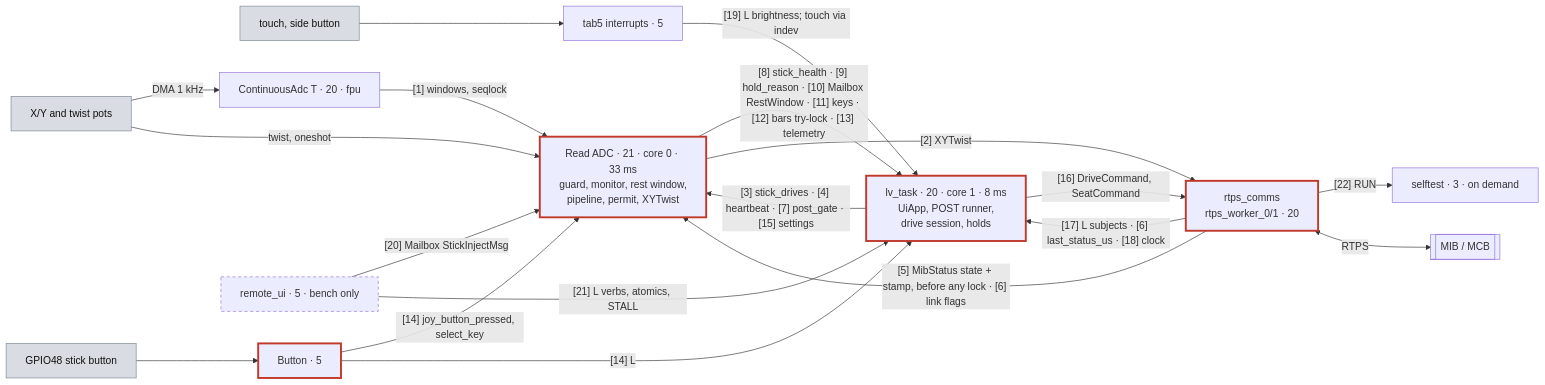
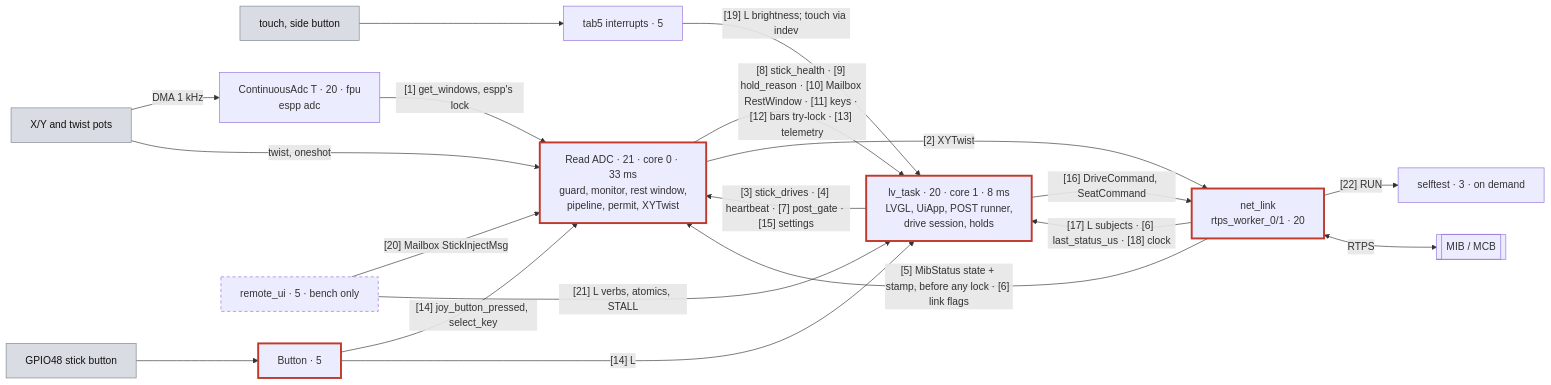
One commit to rammp-org/pace-hmi-fw changed the diagram in docs/fw-overview.md. Above: the diagram before and after it, drawn with Mermaid. The commit also changed other lines of this file and 7 other files, not shown here.

````diff
--- a/docs/fw-overview.md
+++ b/docs/fw-overview.md
@@ -85,36 +186,36 @@
 ```mermaid
 flowchart LR
   pots["X/Y and twist pots"]:::hw
   btn["GPIO48 stick button"]:::hw
   touch["touch, side button"]:::hw
-  cadc["ContinuousAdc T · 20 · fpu"]
+  cadc["ContinuousAdc T · 20 · fpu<br/>espp adc"]
   adc["Read ADC · 21 · core 0 · 33 ms<br/>guard, monitor, rest window,<br/>pipeline, permit, XYTwist"]:::safety
-  ui["lv_task · 20 · core 1 · 8 ms<br/>UiApp, POST runner,<br/>drive session, holds"]:::safety
+  ui["lv_task · 20 · core 1 · 8 ms<br/>LVGL, UiApp, POST runner,<br/>drive session, holds"]:::safety
   button["Button · 5"]:::safety
   irq["tab5 interrupts · 5"]
-  rtps["rtps_comms<br/>rtps_worker_0/1 · 20"]:::safety
+  rtps["net_link<br/>rtps_worker_0/1 · 20"]:::safety
   rui["remote_ui · 5 · bench only"]:::gen
   st["selftest · 3 · on demand"]
   mib[["MIB / MCB"]]
   pots -->|"DMA 1 kHz"| cadc
-  cadc -->|"[1] windows, seqlock"| adc
+  cadc -->|"[1] get_windows, espp's lock"| adc
   pots -->|"twist, oneshot"| adc
   btn --> button
   button -->|"[14] joy_button_pressed, select_key"| adc
   button -->|"[14] L"| ui
   touch --> irq
   irq -->|"[19] L brightness; touch via indev"| ui
   ui -->|"[3] stick_drives · [4] heartbeat · [7] post_gate · [15] settings"| adc
   adc -->|"[8] stick_health · [9] hold_reason · [10] Mailbox RestWindow · [11] keys · [12] bars try-lock · [13] telemetry"| ui
   adc -->|"[2] XYTwist"| rtps
   ui -->|"[16] DriveCommand, SeatCommand"| rtps
   rtps -->|"[5] MibStatus state + stamp, before any lock · [6] link flags"| adc
   rtps -->|"[17] L subjects · [6] last_status_us · [18] clock"| ui
   rtps -->|"[22] RUN"| st
   rtps <-->|RTPS| mib
   rui -->|"[20] Mailbox StickInjectMsg"| adc
   rui -->|"[21] L verbs, atomics, STALL"| ui
   classDef hw fill:#d9dde3,stroke:#7a8590,color:#111
   classDef safety stroke:#c0392b,stroke-width:3px
   classDef gen stroke-dasharray:5 4
 ```
````
